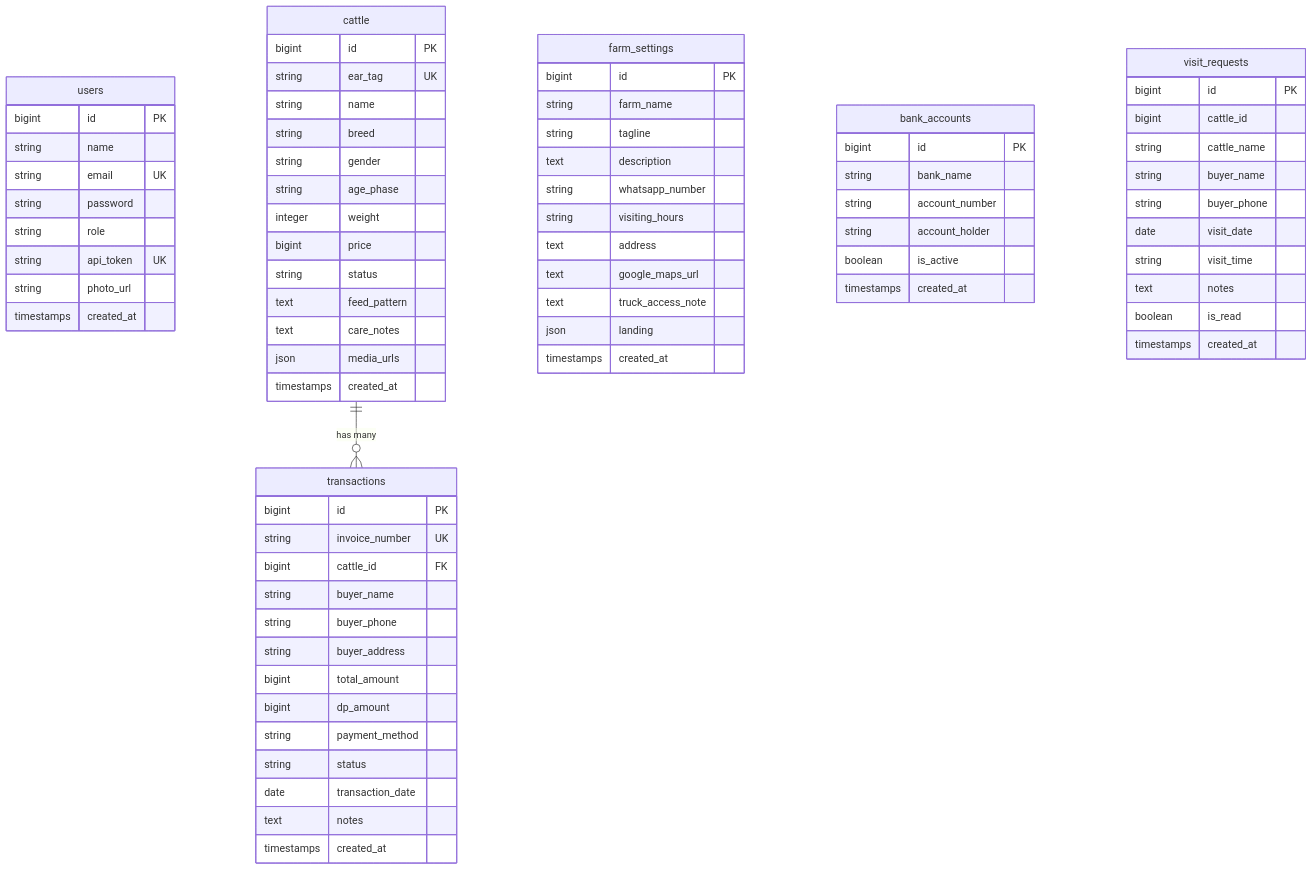
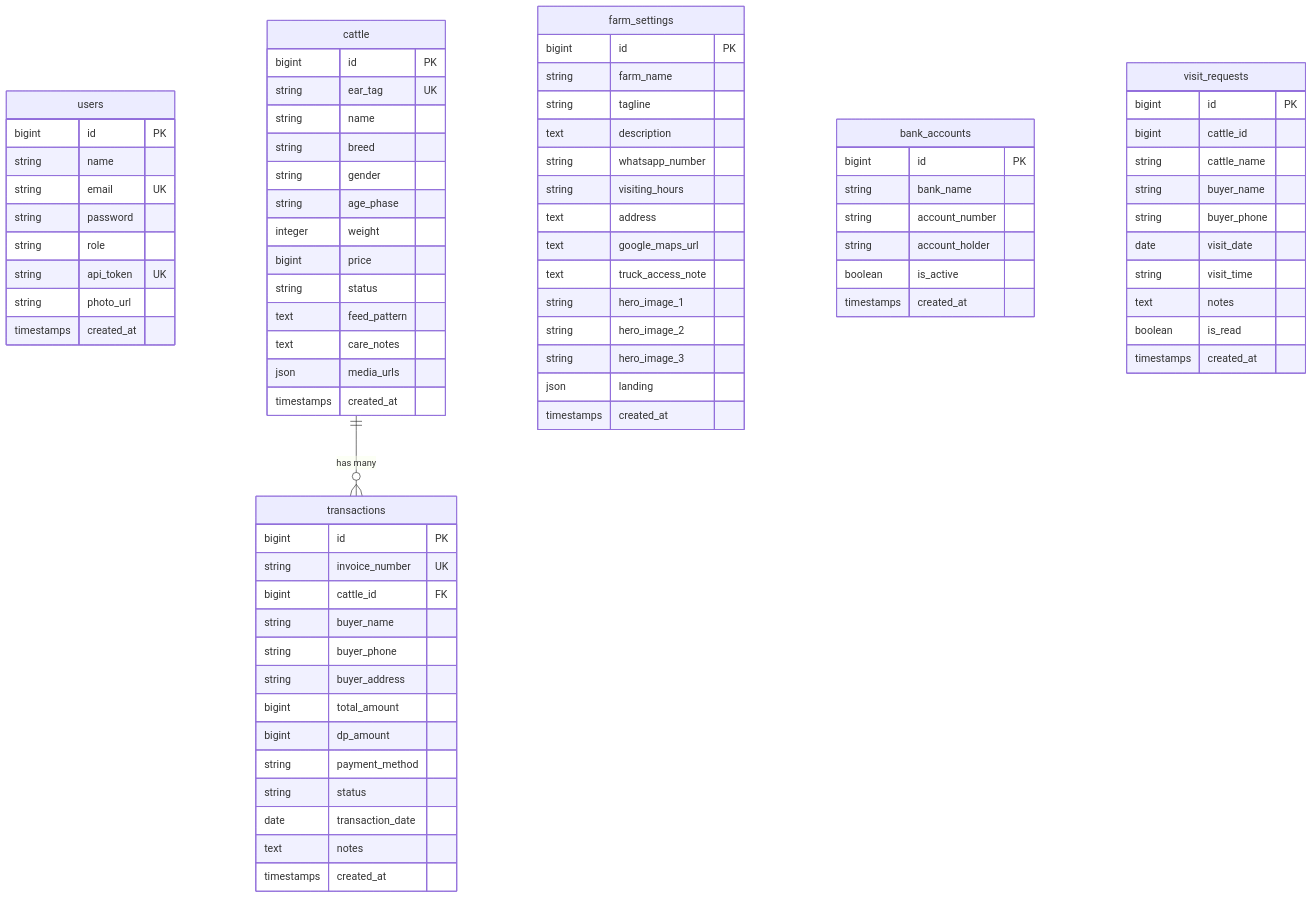
Before and after one commit to donirawans/Website-Peternakan: the diagram in backend/README.md, drawn with Mermaid. The commit also changed 13 other files, not shown here.

```diff
--- a/backend/README.md
+++ b/backend/README.md
@@ -167,6 +167,9 @@
         text address
         text google_maps_url
         text truck_access_note
+        string hero_image_1
+        string hero_image_2
+        string hero_image_3
         json landing
         timestamps created_at
     }
```
